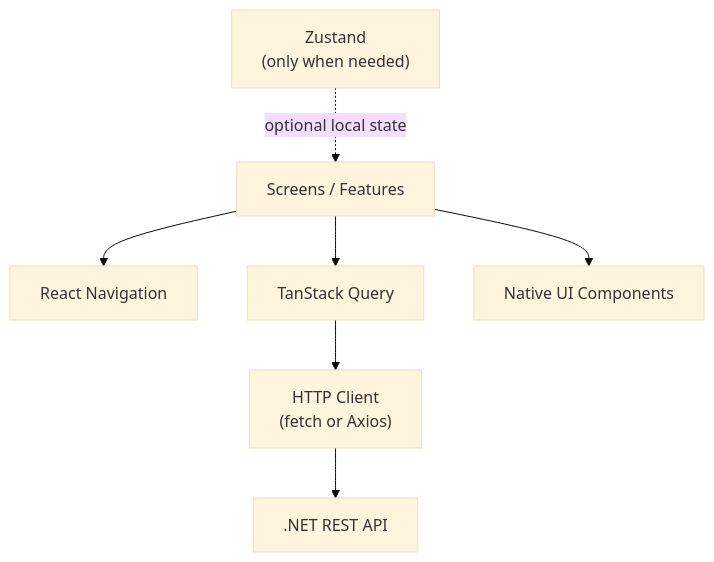
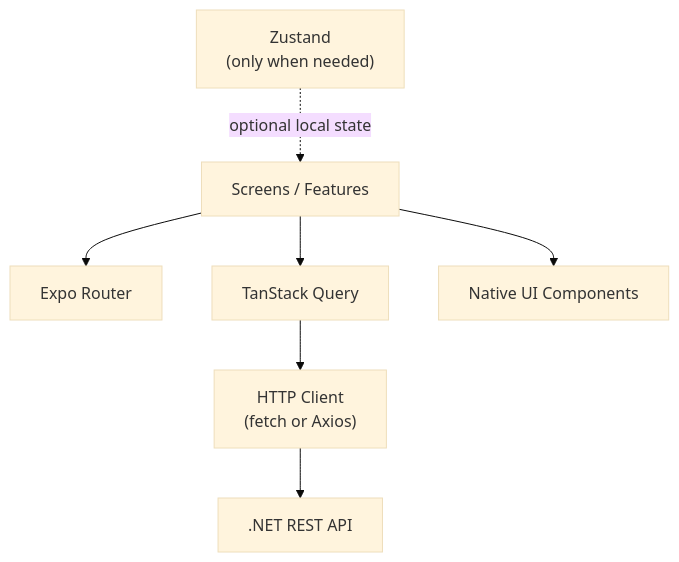
The third of 4 diagrams in docs/architecture.md (billy-arredondo/react-native-dotnet-challenge), drawn with Mermaid (base theme) before and after one commit. The commit also changed other lines of this file and 4 other files, not shown here.

Commit message:
docs(mobile): adopt Expo standard over React Native CLI

````diff
--- a/docs/architecture.md
+++ b/docs/architecture.md
@@ -39,9 +39,9 @@
 ```mermaid
 flowchart TB
-    Screens["Screens / Features"] --> Navigation["React Navigation"]
+    Screens["Screens / Features"] --> Navigation["Expo Router"]
     Screens --> Queries["TanStack Query"]
     Screens --> Components["Native UI Components"]
     Queries --> ApiClient["HTTP Client<br/>(fetch or Axios)"]
     ApiClient --> Api[".NET REST API"]
     Store["Zustand<br/>(only when needed)"] -. optional local state .-> Screens
 ```
````
